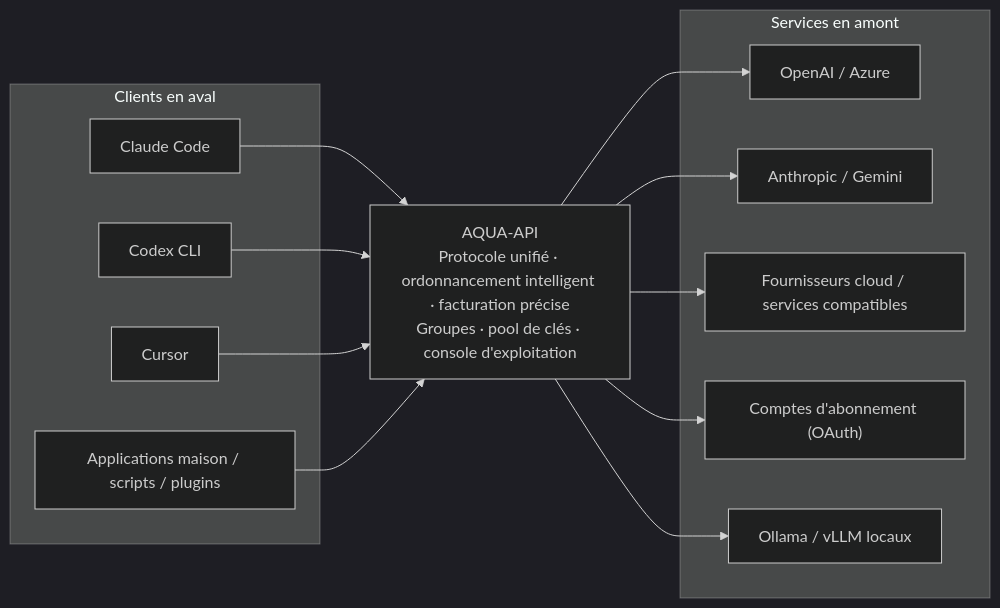
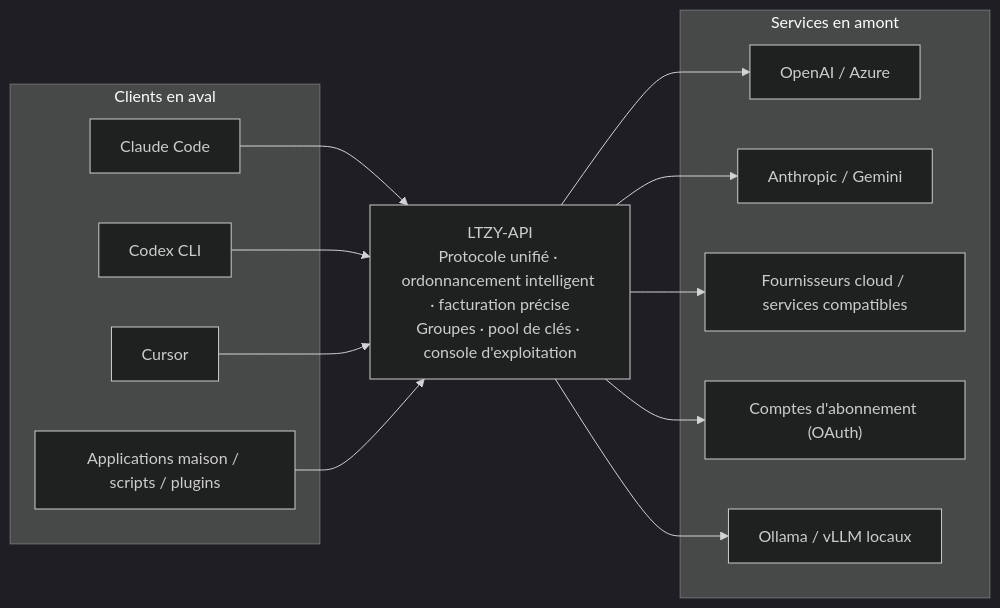
One commit to LTZY-ACU/AQUA-API changed the first of 5 diagrams in README.fr.md. Above: the diagram before and after it, drawn with Mermaid (dark theme). The commit also changed other lines of this file and 312 other files, not shown here.

First line of the commit message:
合并上游 LTZY-API：品牌更名 + 他人 60 条提交

````diff
--- a/README.fr.md
+++ b/README.fr.md
@@ -111,29 +115,29 @@
 ```mermaid
 flowchart LR
     subgraph C["Clients en aval"]
         C1["Claude Code"]
         C2["Codex CLI"]
         C3["Cursor"]
         C4["Applications maison / scripts / plugins"]
     end
 
-    AQUA["AQUA-API<br/>Protocole unifié · ordonnancement intelligent · facturation précise<br/>Groupes · pool de clés · console d'exploitation"]
+    LTZY["LTZY-API<br/>Protocole unifié · ordonnancement intelligent · facturation précise<br/>Groupes · pool de clés · console d'exploitation"]
 
     subgraph U["Services en amont"]
         U1["OpenAI / Azure"]
         U2["Anthropic / Gemini"]
         U3["Fournisseurs cloud / services compatibles"]
         U4["Comptes d'abonnement (OAuth)"]
         U5["Ollama / vLLM locaux"]
     end
 
-    C1 --> AQUA
-    C2 --> AQUA
-    C3 --> AQUA
-    C4 --> AQUA
-    AQUA --> U1
-    AQUA --> U2
-    AQUA --> U3
-    AQUA --> U4
-    AQUA --> U5
+    C1 --> LTZY
+    C2 --> LTZY
+    C3 --> LTZY
+    C4 --> LTZY
+    LTZY --> U1
+    LTZY --> U2
+    LTZY --> U3
+    LTZY --> U4
+    LTZY --> U5
 ```
````
